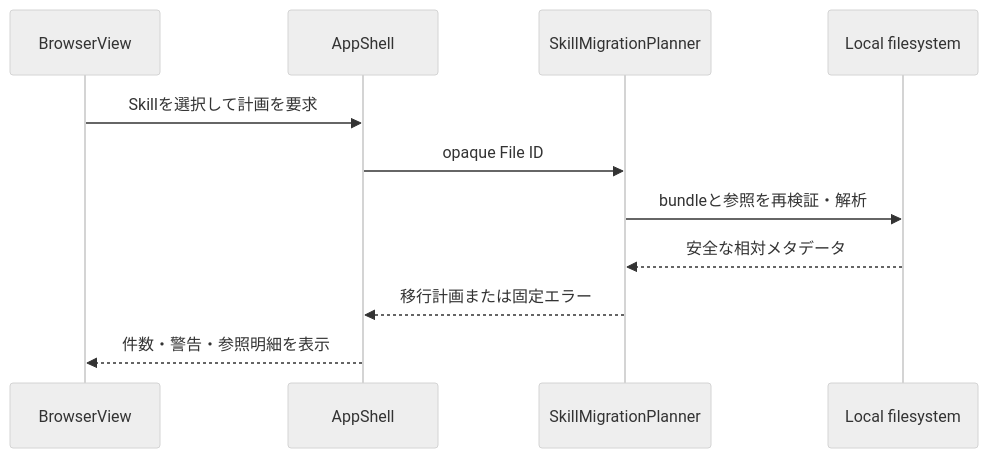
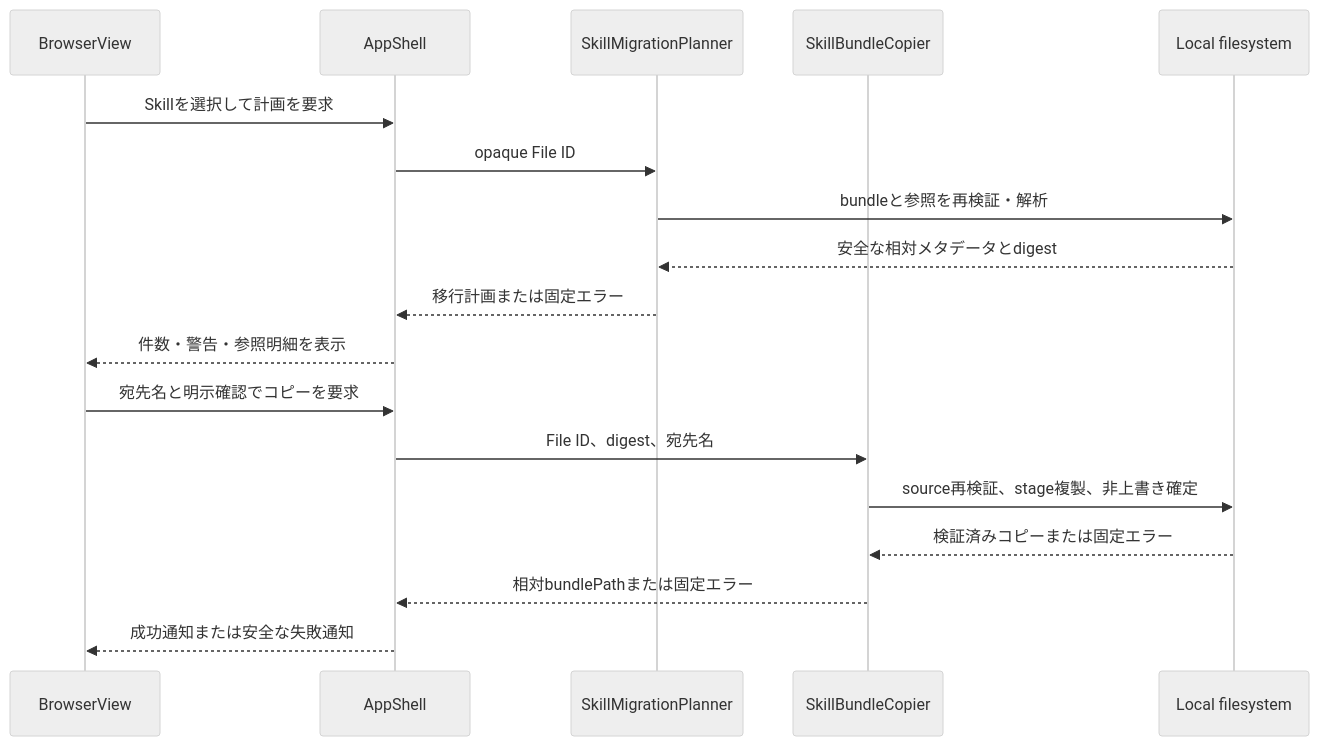
Before and after one commit to xzyozi/agent-config-viewer: the diagram in docs/design/ACV-DD-002_Skill_bundleパス移行詳細設計書.md, drawn with Mermaid (neutral theme). The commit also changed other lines of this file and 2 other files, not shown here.

Commit message:
[docs] Skill bundleコピー実装を記録

````diff
--- a/docs/design/ACV-DD-002_Skill_bundleパス移行詳細設計書.md
+++ b/docs/design/ACV-DD-002_Skill_bundleパス移行詳細設計書.md
@@ -79,13 +95,20 @@
 ```mermaid
 sequenceDiagram
     participant UI as BrowserView
     participant App as AppShell
     participant Planner as SkillMigrationPlanner
+    participant Copier as SkillBundleCopier
     participant FS as Local filesystem
     UI->>App: Skillを選択して計画を要求
     App->>Planner: opaque File ID
     Planner->>FS: bundleと参照を再検証・解析
-    FS-->>Planner: 安全な相対メタデータ
+    FS-->>Planner: 安全な相対メタデータとdigest
     Planner-->>App: 移行計画または固定エラー
     App-->>UI: 件数・警告・参照明細を表示
+    UI->>App: 宛先名と明示確認でコピーを要求
+    App->>Copier: File ID、digest、宛先名
+    Copier->>FS: source再検証、stage複製、非上書き確定
+    FS-->>Copier: 検証済みコピーまたは固定エラー
+    Copier-->>App: 相対bundlePathまたは固定エラー
+    App-->>UI: 成功通知または安全な失敗通知
 ```
````
